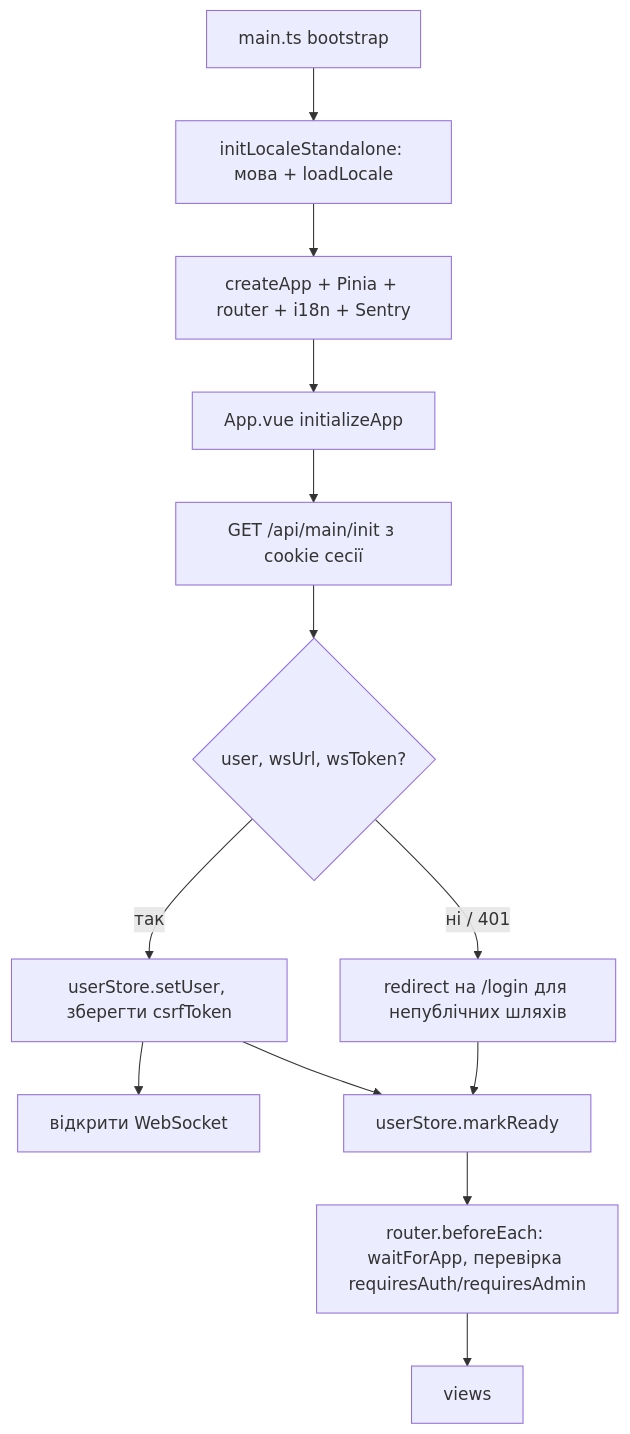
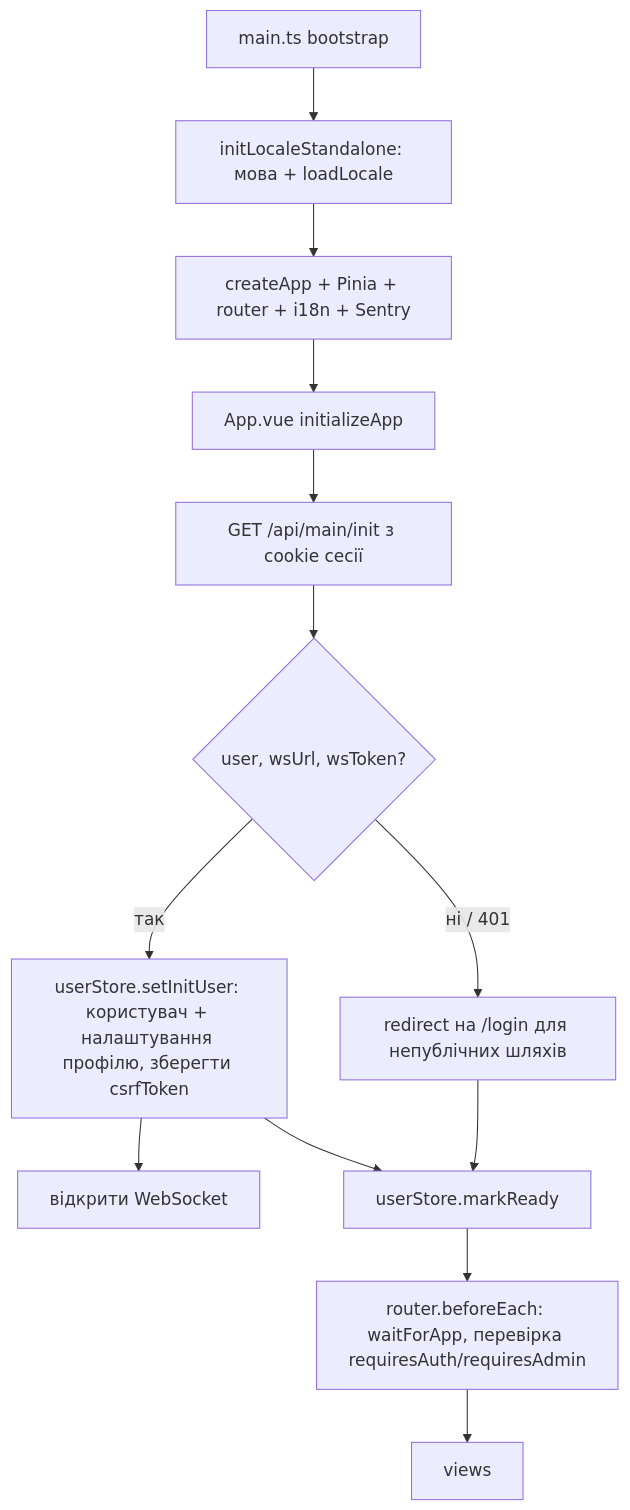
The diagram in documentation/frontend/index.md (Blazheiko/vibe-template), drawn with Mermaid before and after one commit. The commit also changed other lines of this file and 14 other files, not shown here.

````diff
--- a/documentation/frontend/index.md
+++ b/documentation/frontend/index.md
@@ -121,15 +132,15 @@
 ```mermaid
 flowchart TD
     A[main.ts bootstrap] --> B[initLocaleStandalone: мова + loadLocale]
     B --> C[createApp + Pinia + router + i18n + Sentry]
     C --> D[App.vue initializeApp]
     D --> E[GET /api/main/init з cookie сесії]
     E --> F{user, wsUrl, wsToken?}
-    F -- так --> G[userStore.setUser, зберегти csrfToken]
+    F -- так --> G[userStore.setInitUser: користувач + налаштування профілю, зберегти csrfToken]
     G --> H[відкрити WebSocket]
     F -- ні / 401 --> I[redirect на /login для непублічних шляхів]
     G --> J[userStore.markReady]
     I --> J
     J --> K[router.beforeEach: waitForApp, перевірка requiresAuth/requiresAdmin]
     K --> L[views]
 ```
````
